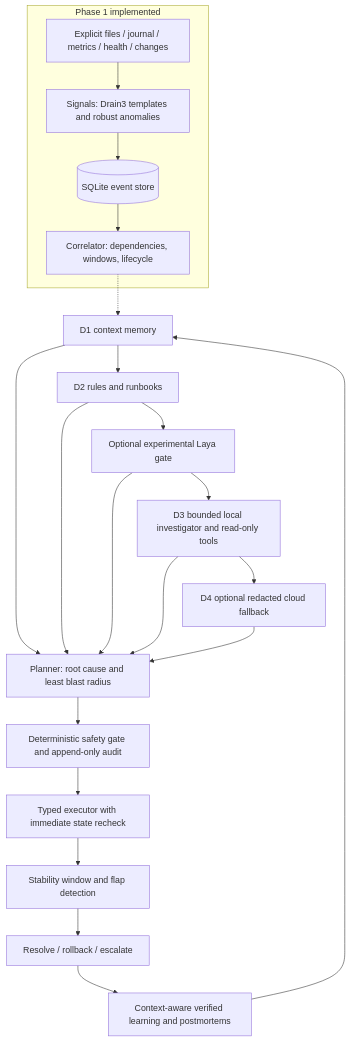
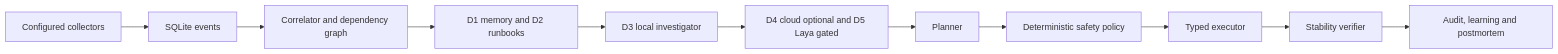
Before and after one commit to avirooppal/Slime: the diagram in docs/architecture.mmd, drawn with Mermaid. The commit also changed 50 other files, not shown here.

Commit message:
feat: add local self-healing recovery and tighten optional tiers

```diff
--- a/docs/architecture.mmd
+++ b/docs/architecture.mmd
@@ -1,18 +1,11 @@
-flowchart TD
-    subgraph P1["Phase 1 implemented"]
-        C["Explicit files / journal / metrics / health / changes"] --> S["Signals: Drain3 templates and robust anomalies"]
-        S --> DB[("SQLite event store")]
-        DB --> COR["Correlator: dependencies, windows, lifecycle"]
-    end
-    COR -.-> D1["D1 context memory"]
-    D1 --> D2["D2 rules and runbooks"]
-    D2 --> D5["Optional experimental Laya gate"]
-    D5 --> D3["D3 bounded local investigator and read-only tools"]
-    D3 --> D4["D4 optional redacted cloud fallback"]
-    D1 & D2 & D5 & D3 & D4 --> P["Planner: root cause and least blast radius"]
-    P --> SAFE["Deterministic safety gate and append-only audit"]
-    SAFE --> EXEC["Typed executor with immediate state recheck"]
-    EXEC --> VERIFY["Stability window and flap detection"]
-    VERIFY --> OUT["Resolve / rollback / escalate"]
-    OUT --> L["Context-aware verified learning and postmortems"]
-    L --> D1
+flowchart LR
+  C[Configured collectors] --> E[SQLite events]
+  E --> R[Correlator and dependency graph]
+  R --> D[D1 memory and D2 runbooks]
+  D --> L[D3 local investigator]
+  L --> O[D4 cloud optional and D5 Laya gated]
+  O --> P[Planner]
+  P --> S[Deterministic safety policy]
+  S --> X[Typed executor]
+  X --> V[Stability verifier]
+  V --> A[Audit, learning and postmortem]
```
